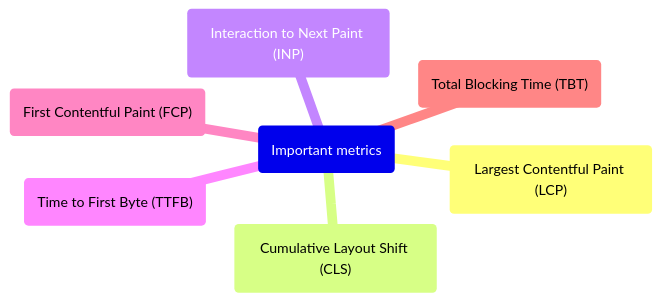
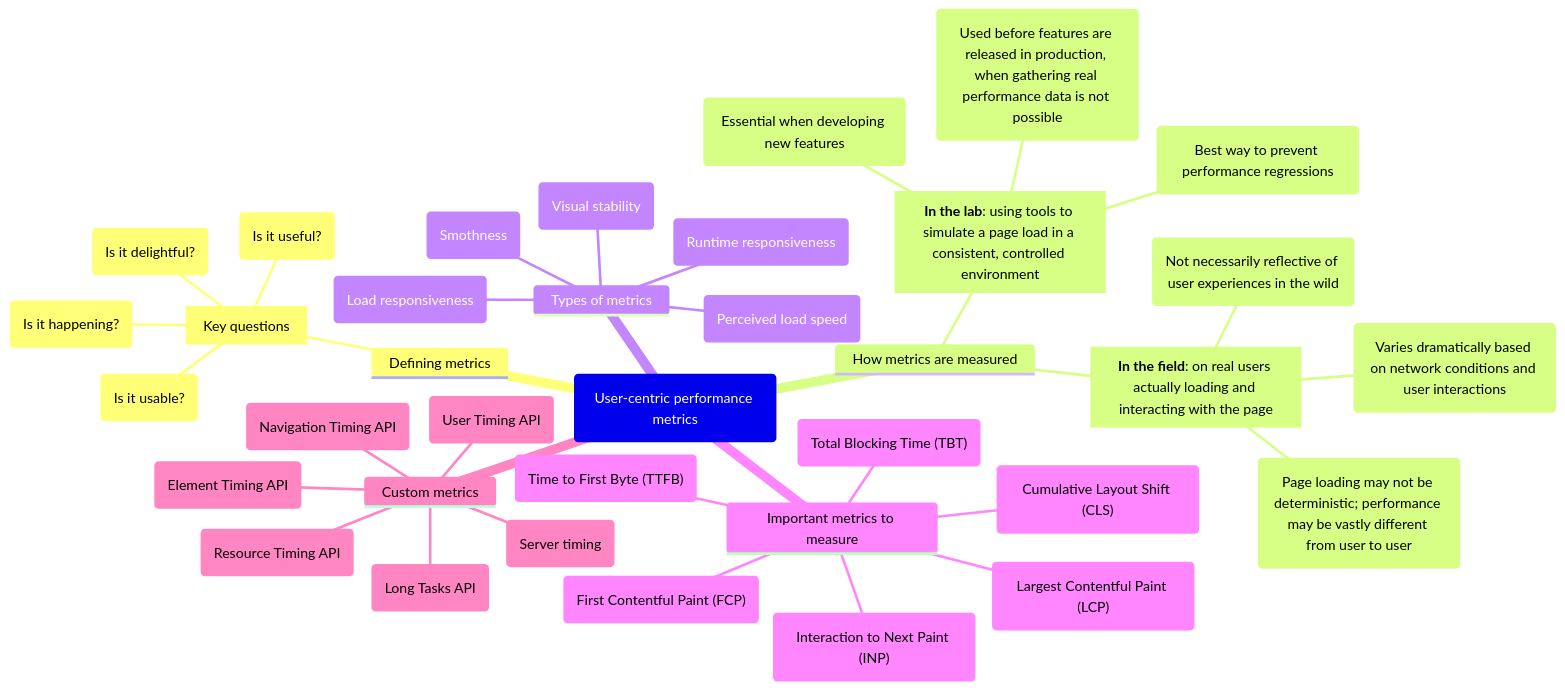
Before and after one commit to ytx-readings/article-reading-notes: the diagram in topics/tech/web-development/Web Performance Metrics.md, drawn with Mermaid.

Commit message:
docs: master mind map

````diff
--- a/topics/tech/web-development/Web Performance Metrics.md
+++ b/topics/tech/web-development/Web Performance Metrics.md
@@ -16,10 +16,39 @@
 ```mermaid
 mindmap
-    root(Important metrics)
-        ("Largest Contentful Paint (LCP)")
-        ("Cumulative Layout Shift (CLS)")
-        ("Interaction to Next Paint (INP)")
-        ("Time to First Byte (TTFB)")
-        ("First Contentful Paint (FCP)")
-        ("Total Blocking Time (TBT)")
+    root(User-centric performance metrics)
+        Defining metrics
+            [Key questions]
+                ("Is it happening?")
+                ("Is it useful?")
+                ("Is it usable?")
+                ("Is it delightful?")
+        How metrics are measured
+            [**In the lab**: using tools to simulate a page load in a consistent, controlled environment]
+                (Essential when developing new features)
+                (Used before features are released in production, when gathering real performance data is not possible)
+                (Best way to prevent performance regressions)
+            [**In the field**: on real users actually loading and interacting with the page]
+                (Not necessarily reflective of user experiences in the wild)
+                (Varies dramatically based on network conditions and user interactions)
+                (Page loading may not be deterministic; performance may be vastly different from user to user)
+        Types of metrics
+            (Perceived load speed)
+            (Load responsiveness)
+            (Runtime responsiveness)
+            (Visual stability)
+            (Smothness)
+        Important metrics to measure
+            ("Largest Contentful Paint (LCP)")
+            ("Cumulative Layout Shift (CLS)")
+            ("Interaction to Next Paint (INP)")
+            ("Time to First Byte (TTFB)")
+            ("First Contentful Paint (FCP)")
+            ("Total Blocking Time (TBT)")
+        Custom metrics
+            (User Timing API)
+            (Long Tasks API)
+            (Element Timing API)
+            (Navigation Timing API)
+            (Resource Timing API)
+            (Server timing)
 ```
````
